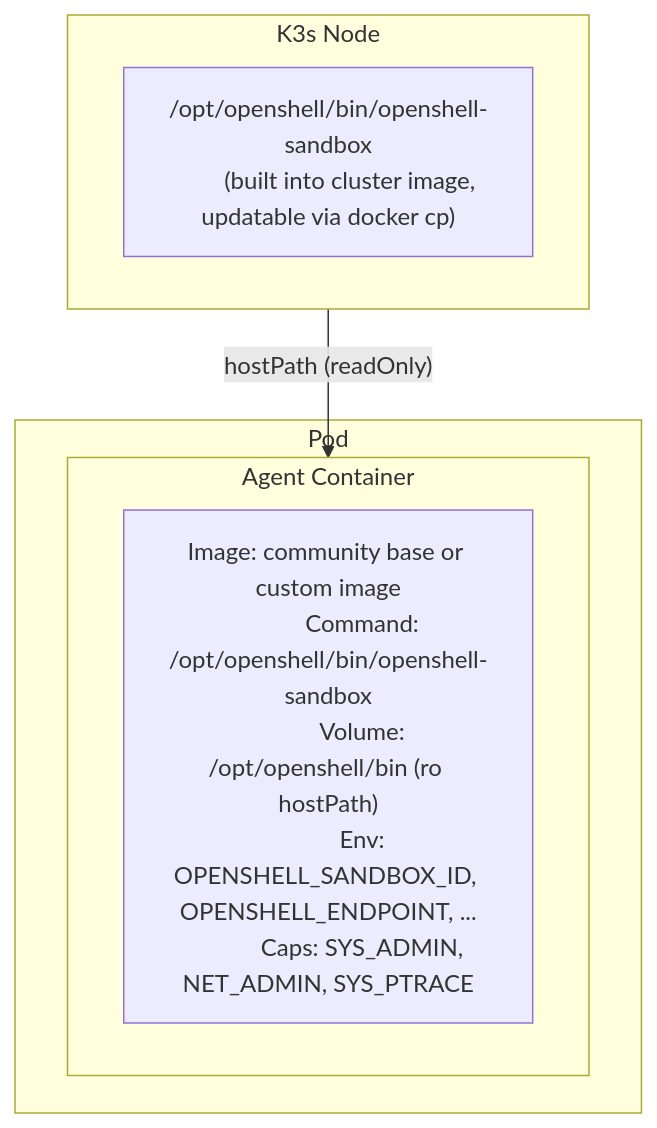
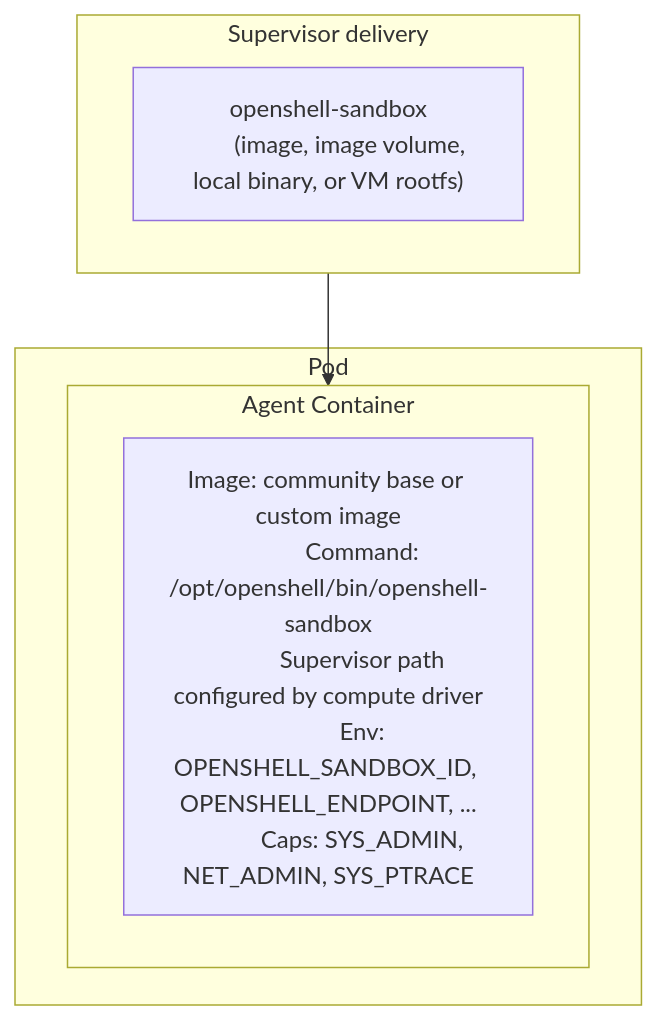
Before and after one commit to st-gr/OpenShell: the diagram in architecture/sandbox-custom-containers.md, drawn with Mermaid. The commit also changed other lines of this file and 41 other files, not shown here.

Commit message:
docs: update gateway deployment architecture (#1108)

````diff
--- a/architecture/sandbox-custom-containers.md
+++ b/architecture/sandbox-custom-containers.md
@@ -45,19 +46,19 @@
 ```mermaid
 flowchart TB
-    subgraph node["K3s Node"]
-        bin["/opt/openshell/bin/openshell-sandbox
-        (built into cluster image, updatable via docker cp)"]
+    subgraph delivery["Supervisor delivery"]
+        bin["openshell-sandbox
+        (image, image volume, local binary, or VM rootfs)"]
     end
 
-    node -- "hostPath (readOnly)" --> agent
+    delivery --> agent
 
     subgraph pod["Pod"]
         subgraph agent["Agent Container"]
             agent_desc["Image: community base or custom image
             Command: /opt/openshell/bin/openshell-sandbox
-            Volume: /opt/openshell/bin (ro hostPath)
+            Supervisor path configured by compute driver
             Env: OPENSHELL_SANDBOX_ID, OPENSHELL_ENDPOINT, ...
             Caps: SYS_ADMIN, NET_ADMIN, SYS_PTRACE"]
         end
     end
 ```
````
